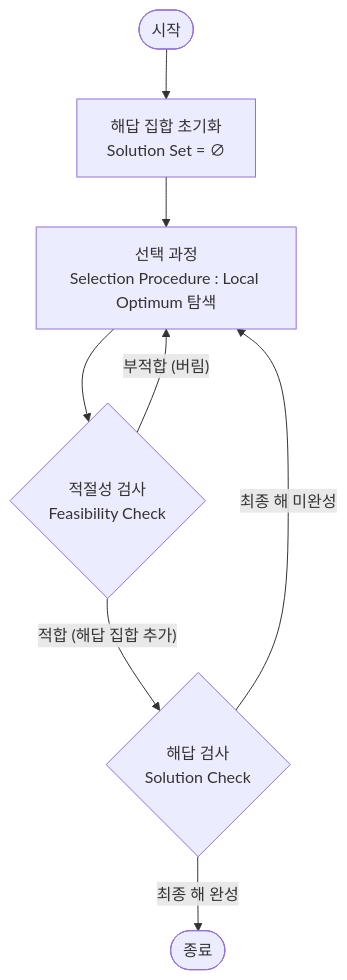
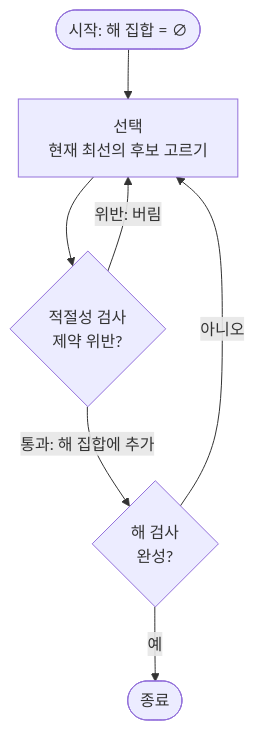
Before and after one commit to supremethumb/supremethumb.github.io: the diagram in content/01_IT Tech/그리디 알고리즘.md, drawn with Mermaid. The commit also changed other lines of this file and 1087 other files, not shown here.

````diff
--- a/content/01_IT Tech/그리디 알고리즘.md
+++ b/content/01_IT Tech/그리디 알고리즘.md
@@ -28,11 +35,9 @@
 ```mermaid
 flowchart TD
-    Start([시작]) --> Init[해답 집합 초기화<br/>Solution Set = ∅]
-    Init --> Select[선택 과정<br/>Selection Procedure : Local Optimum 탐색]
-    Select --> Feasible{적절성 검사<br/>Feasibility Check}
-    Feasible -- "부적합 (버림)" --> Select
-    Feasible -- "적합 (해답 집합 추가)" --> SolCheck{해답 검사<br/>Solution Check}
-    SolCheck -- "최종 해 미완성" --> Select
-    SolCheck -- "최종 해 완성" --> End([종료])
-
+    S(["시작: 해 집합 = ∅"]) --> SEL["선택<br/>현재 최선의 후보 고르기"]
+    SEL --> FEA{"적절성 검사<br/>제약 위반?"}
+    FEA -- "위반: 버림" --> SEL
+    FEA -- "통과: 해 집합에 추가" --> SOL{"해 검사<br/>완성?"}
+    SOL -- "아니오" --> SEL
+    SOL -- "예" --> E(["종료"])
 ```
````
